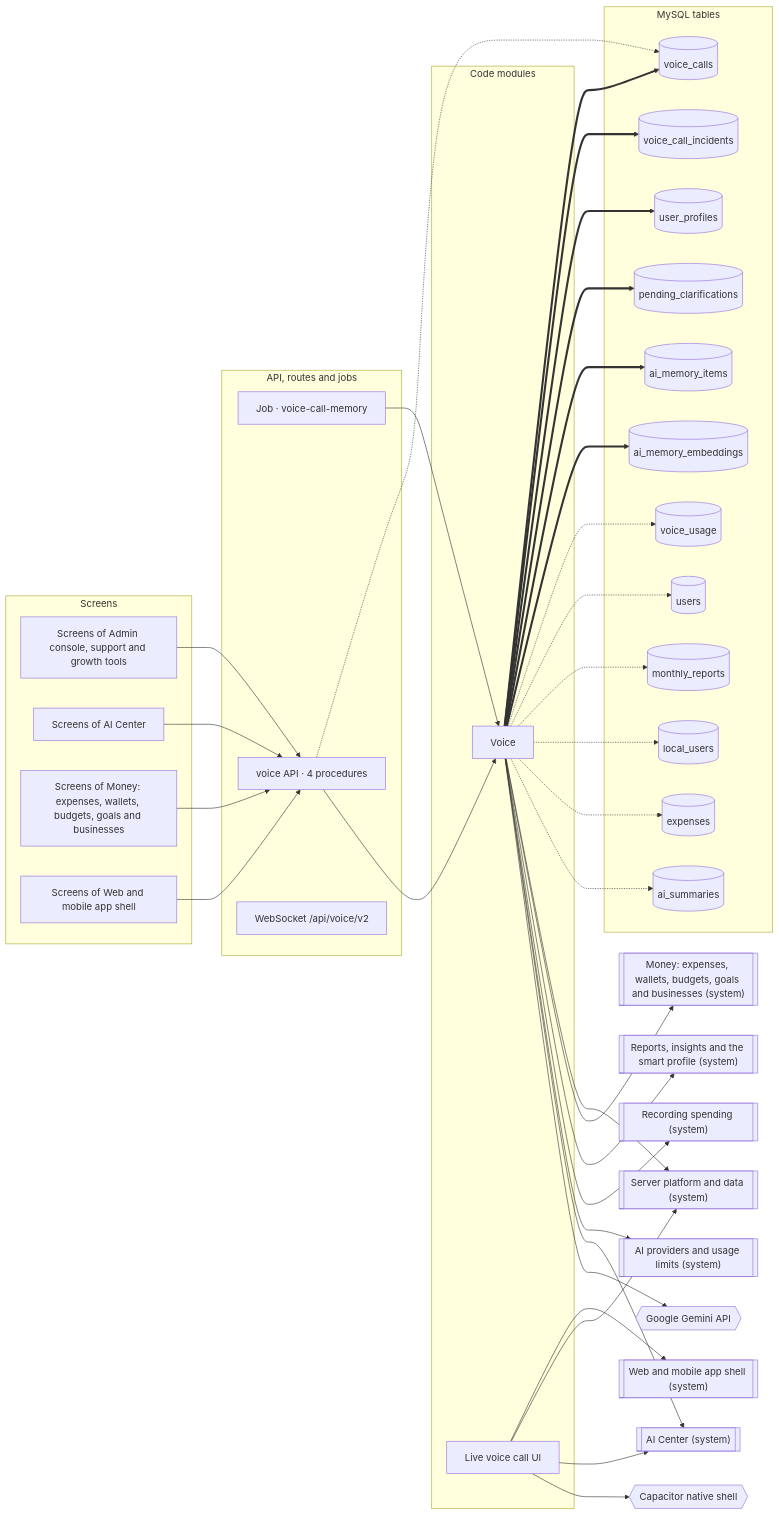
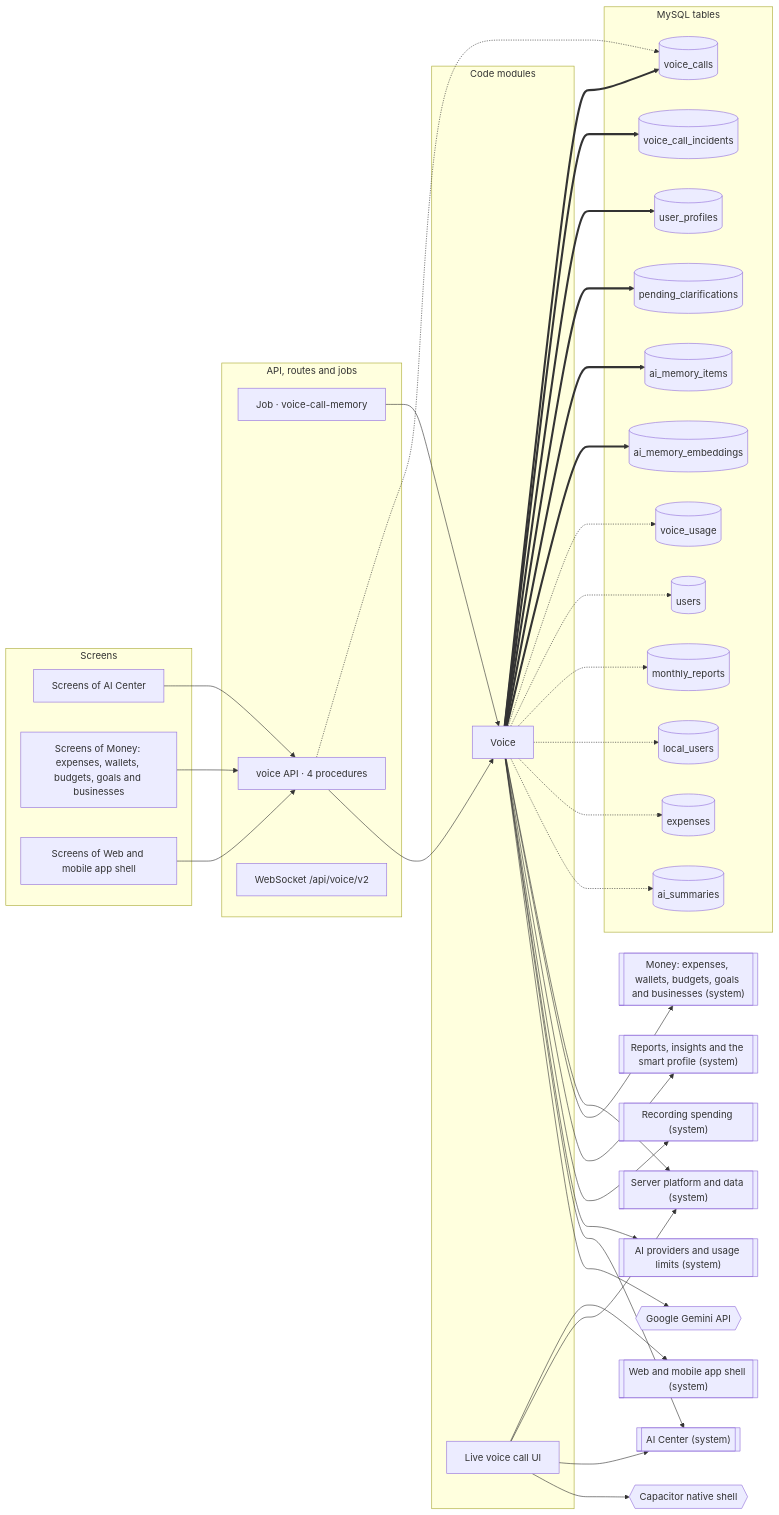
One commit to mahmoudtaherr111/smartspend_mini_all changed the diagram in docs/atlas/systems/voice-calls.md. Above: the diagram before and after it, drawn with Mermaid. The commit also changed other lines of this file and 121 other files, not shown here.

First line of the commit message:
feat(billing,admin,mobile): unify admin console, dynamic plan limits, and store-only mobile billing

````diff
--- a/docs/atlas/systems/voice-calls.md
+++ b/docs/atlas/systems/voice-calls.md
@@ -13,71 +13,69 @@
 ```mermaid
 flowchart LR
   subgraph g_screens["Screens"]
-    screens_admin["Screens of Admin console, support and growth tools"]
     screens_ai_center["Screens of AI Center"]
     screens_money["Screens of Money: expenses, wallets, budgets, goals and businesses"]
     screens_web_app["Screens of Web and mobile app shell"]
   end
   subgraph g_api["API, routes and jobs"]
     job_voice_call_memory["Job · voice-call-memory"]
     router_voice["voice API · 4 procedures"]
     ws__api_voice_v2["WebSocket /api/voice/v2"]
   end
   subgraph g_modules["Code modules"]
     mod_voice["Voice"]
     mod_web_voice_call["Live voice call UI"]
   end
   subgraph g_tables["MySQL tables"]
     tbl_ai_memory_embeddings[("ai_memory_embeddings")]
     tbl_ai_memory_items[("ai_memory_items")]
     tbl_ai_summaries[("ai_summaries")]
     tbl_expenses[("expenses")]
     tbl_local_users[("local_users")]
     tbl_monthly_reports[("monthly_reports")]
     tbl_pending_clarifications[("pending_clarifications")]
     tbl_user_profiles[("user_profiles")]
     tbl_users[("users")]
     tbl_voice_call_incidents[("voice_call_incidents")]
     tbl_voice_calls[("voice_calls")]
     tbl_voice_usage[("voice_usage")]
   end
   ext_capacitor{{"Capacitor native shell"}}
   ext_gemini{{"Google Gemini API"}}
   sys_ai_center[["AI Center (system)"]]
   sys_ai_platform[["AI providers and usage limits (system)"]]
   sys_expense_capture[["Recording spending (system)"]]
   sys_insights[["Reports, insights and the smart profile (system)"]]
   sys_money[["Money: expenses, wallets, budgets, goals and businesses (system)"]]
   sys_platform[["Server platform and data (system)"]]
   sys_web_app[["Web and mobile app shell (system)"]]
   job_voice_call_memory --> mod_voice
   mod_voice --> ext_gemini
   mod_voice --> sys_ai_center
   mod_voice --> sys_ai_platform
   mod_voice --> sys_expense_capture
   mod_voice --> sys_insights
   mod_voice --> sys_money
   mod_voice --> sys_platform
   mod_voice -.-> tbl_ai_summaries
   mod_voice -.-> tbl_expenses
   mod_voice -.-> tbl_local_users
   mod_voice -.-> tbl_monthly_reports
   mod_voice -.-> tbl_users
   mod_voice -.-> tbl_voice_usage
   mod_voice ==> tbl_ai_memory_embeddings
   mod_voice ==> tbl_ai_memory_items
   mod_voice ==> tbl_pending_clarifications
   mod_voice ==> tbl_user_profiles
   mod_voice ==> tbl_voice_call_incidents
   mod_voice ==> tbl_voice_calls
   mod_web_voice_call --> ext_capacitor
   mod_web_voice_call --> sys_ai_center
   mod_web_voice_call --> sys_platform
   mod_web_voice_call --> sys_web_app
   router_voice --> mod_voice
   router_voice -.-> tbl_voice_calls
-  screens_admin --> router_voice
   screens_ai_center --> router_voice
   screens_money --> router_voice
   screens_web_app --> router_voice
 ```
````
